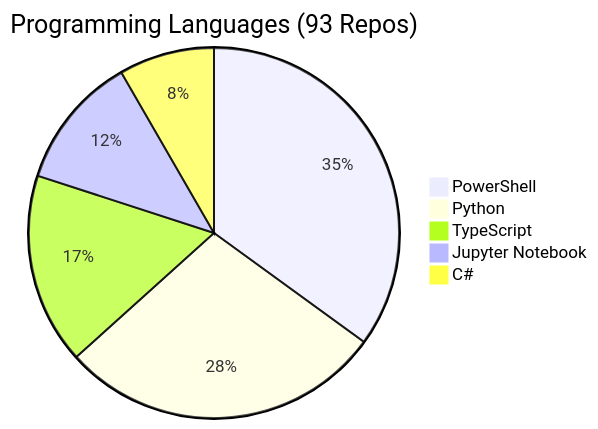
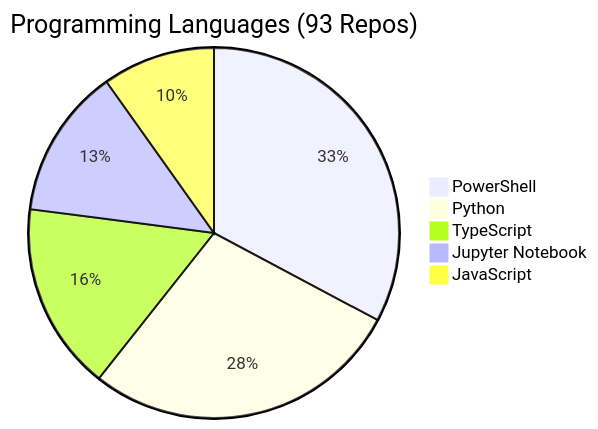
One commit to fabioc-aloha/fabioc-aloha changed the diagram in REPOS.md. Above: the diagram before and after it, drawn with Mermaid. The commit also changed other lines of this file and 1 other file, not shown here.

````diff
--- a/REPOS.md
+++ b/REPOS.md
@@ -136,8 +136,8 @@
 ```mermaid
 pie title Programming Languages (93 Repos)
-    "PowerShell" : 21
+    "PowerShell" : 20
     "Python" : 17
     "TypeScript" : 10
-    "Jupyter Notebook" : 7
-    "C#" : 5
+    "Jupyter Notebook" : 8
+    "JavaScript" : 6
 ```
````
